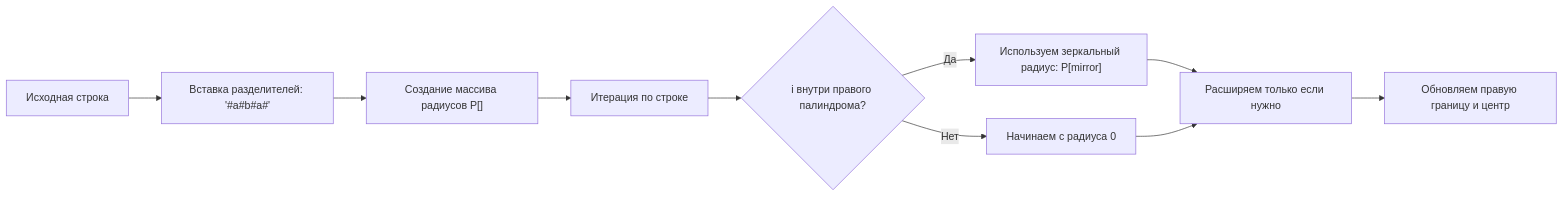
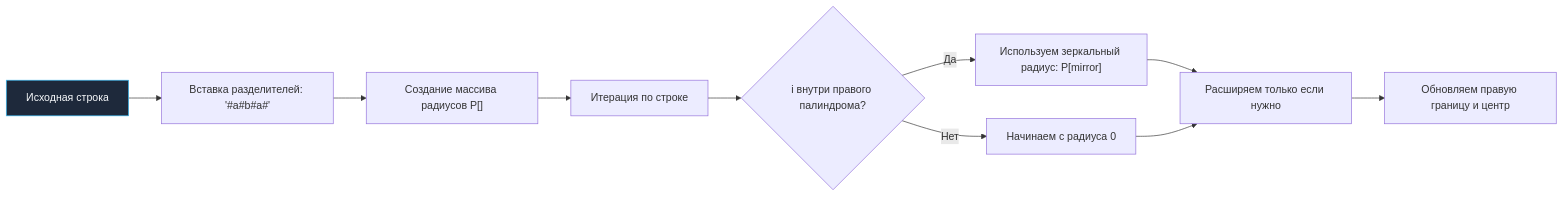
Before and after one commit to UnrealTemplier/go-textbook: the second of 4 diagrams in sources/21. Задачи с LeetCode и собеседований на Go/02. Задачи/25. Строки/4. Longest Palindromic Substring.md, drawn with Mermaid. The commit also changed other lines of this file and 1666 other files, not shown here.

First line of the commit message:
feat(mermaid): add semantic color classDef to 1369 colorless flowchart/graph diagrams

````diff
--- a/sources/21. Задачи с LeetCode и собеседований на Go/02. Задачи/25. Строки/4. Longest Palindromic Substring.md
+++ b/sources/21. Задачи с LeetCode и собеседований на Go/02. Задачи/25. Строки/4. Longest Palindromic Substring.md
@@ -134,12 +144,22 @@
 ```mermaid
 flowchart LR
-    A["Исходная строка"] --> B["Вставка разделителей: '#a#b#a#'"]
+    classDef process  fill:#1e293b,stroke:#38bdf8,stroke-width:1px,color:#f8fafc
+    classDef success  fill:#064e3b,stroke:#34d399,stroke-width:1px,color:#f8fafc
+    classDef error    fill:#7f1d1d,stroke:#f87171,stroke-width:1px,color:#f8fafc
+    classDef warning  fill:#78350f,stroke:#fbbf24,stroke-width:1px,color:#f8fafc
+    classDef entry    fill:#1e3a5f,stroke:#38bdf8,stroke-width:2px,color:#f8fafc
+    classDef aux      fill:#334155,stroke:#64748b,stroke-width:1px,color:#f8fafc
+    classDef system   fill:#312e81,stroke:#a78bfa,stroke-width:1px,color:#f8fafc
+    classDef data     fill:#132d29,stroke:#2dd4bf,stroke-width:1px,color:#f8fafc
+    classDef network  fill:#881337,stroke:#fb7185,stroke-width:1px,color:#f8fafc
+    classDef accent   fill:#1e1b4b,stroke:#818cf8,stroke-width:1px,color:#f8fafc
+    A["Исходная строка"]:::process --> B["Вставка разделителей: '#a#b#a#'"]
     B --> C["Создание массива радиусов P[]"]
     C --> D["Итерация по строке"]
     D --> E{"i внутри правого палиндрома?"}
     E -->|Да| F["Используем зеркальный радиус: P[mirror]"]
     E -->|Нет| G["Начинаем с радиуса 0"]
     F --> H["Расширяем только если нужно"]
     G --> H
     H --> I["Обновляем правую границу и центр"]
 ```
````
